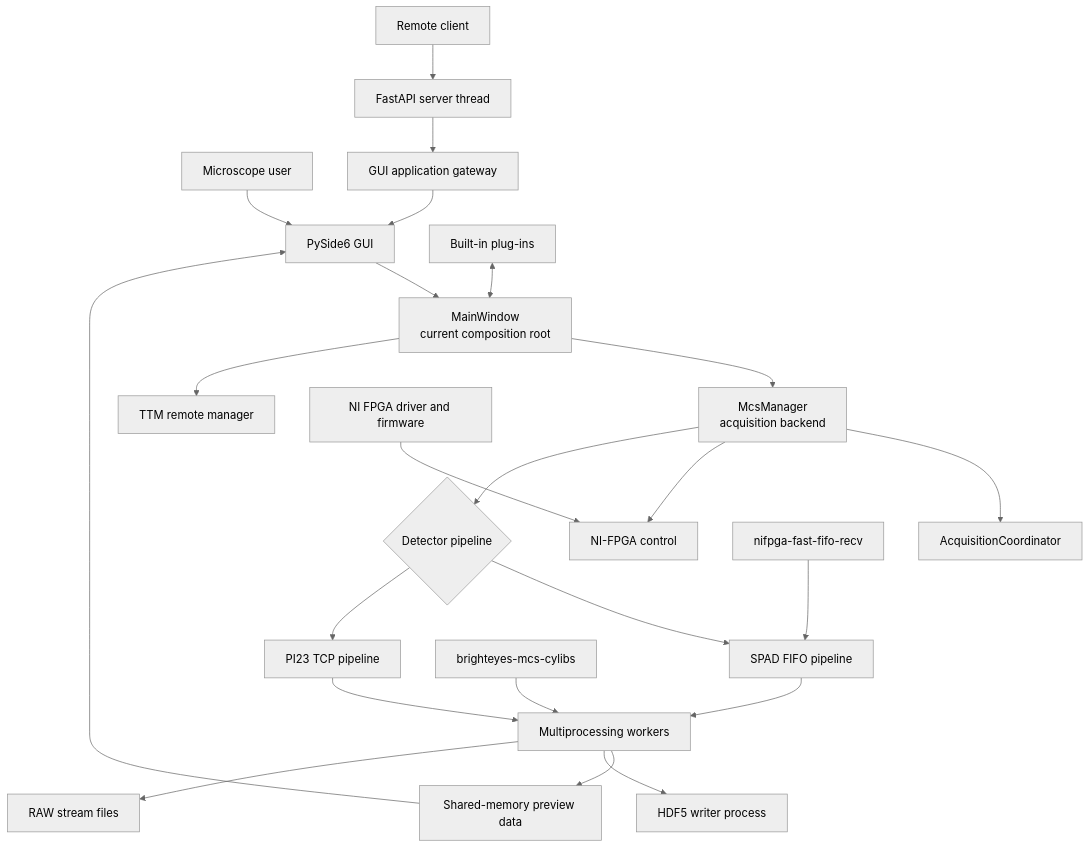
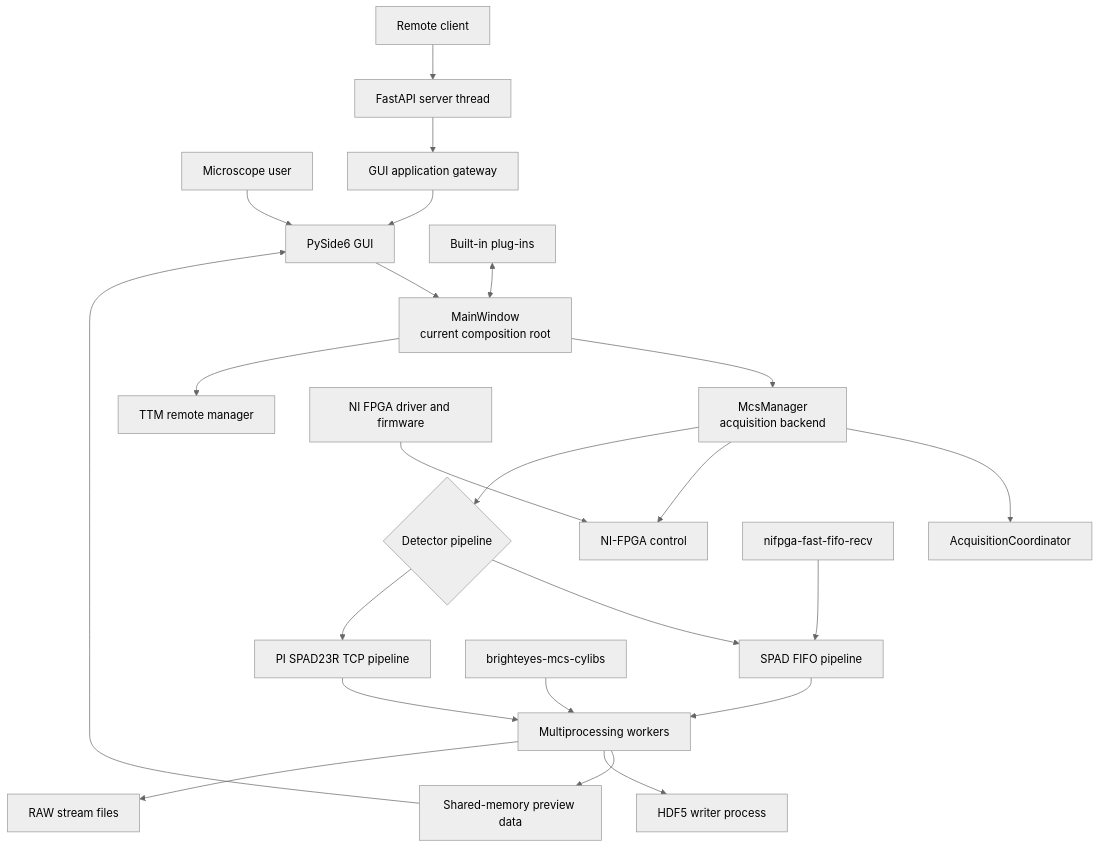
One commit to VicidominiLab/BrightEyes-MCS changed the first of 3 diagrams in docs/current-architecture.md. Above: the diagram before and after it, drawn with Mermaid (neutral theme). The commit also changed other lines of this file and 72 other files, not shown here.

````diff
--- a/docs/current-architecture.md
+++ b/docs/current-architecture.md
@@ -14,30 +14,30 @@
 ```mermaid
 flowchart TB
     User[Microscope user] --> Qt[PySide6 GUI]
     Remote[Remote client] --> REST[FastAPI server thread]
     REST --> Gateway[GUI application gateway]
     Gateway --> Qt
 
     Qt --> Main[MainWindow<br/>current composition root]
     Plugins[Built-in plug-ins] <--> Main
     Main --> Manager[McsManager<br/>acquisition backend]
     Main --> TTM[TTM remote manager]
 
     Manager --> Coordinator[AcquisitionCoordinator]
     Manager --> Hardware[NI-FPGA control]
     Manager --> Detector{Detector pipeline}
 
     Detector --> SPAD[SPAD FIFO pipeline]
-    Detector --> PI23[PI23 TCP pipeline]
+    Detector --> PISPAD23[PI SPAD23R TCP pipeline]
     SPAD --> Workers[Multiprocessing workers]
-    PI23 --> Workers
+    PISPAD23 --> Workers
 
     Workers --> Shared[Shared-memory preview data]
     Shared --> Qt
     Workers --> H5[HDF5 writer process]
     Workers --> RAW[RAW stream files]
 
     Cython[brighteyes-mcs-cylibs] --> Workers
     RustFIFO[nifpga-fast-fifo-recv] --> SPAD
     NIDriver[NI FPGA driver and firmware] --> Hardware
 ```
````
